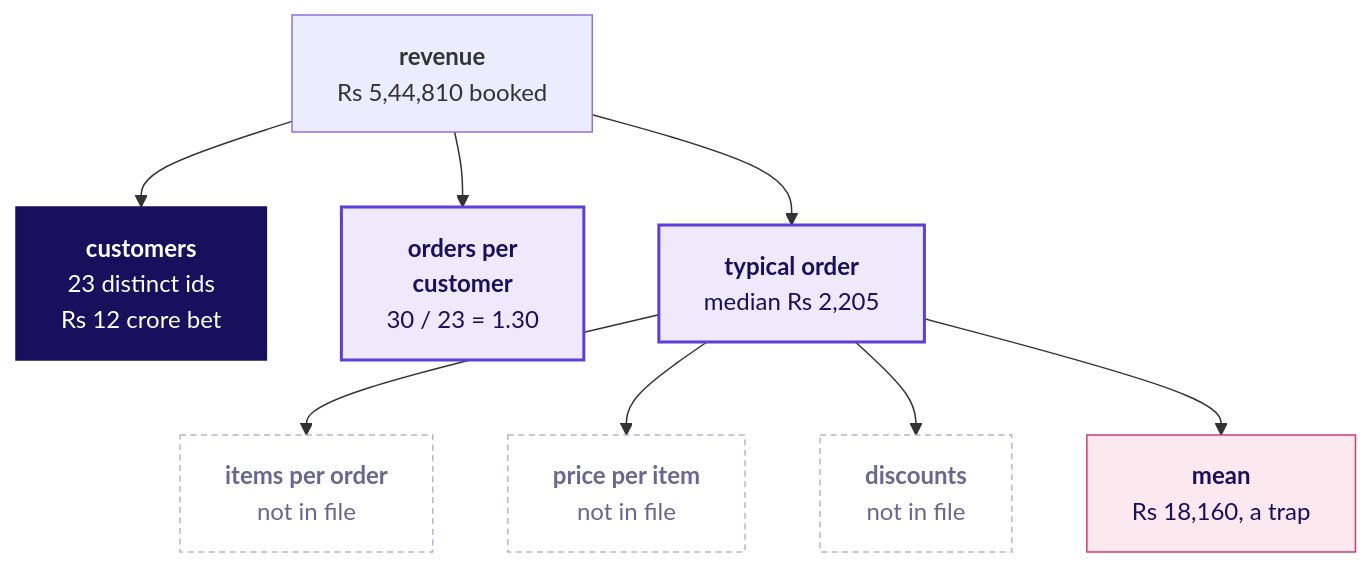
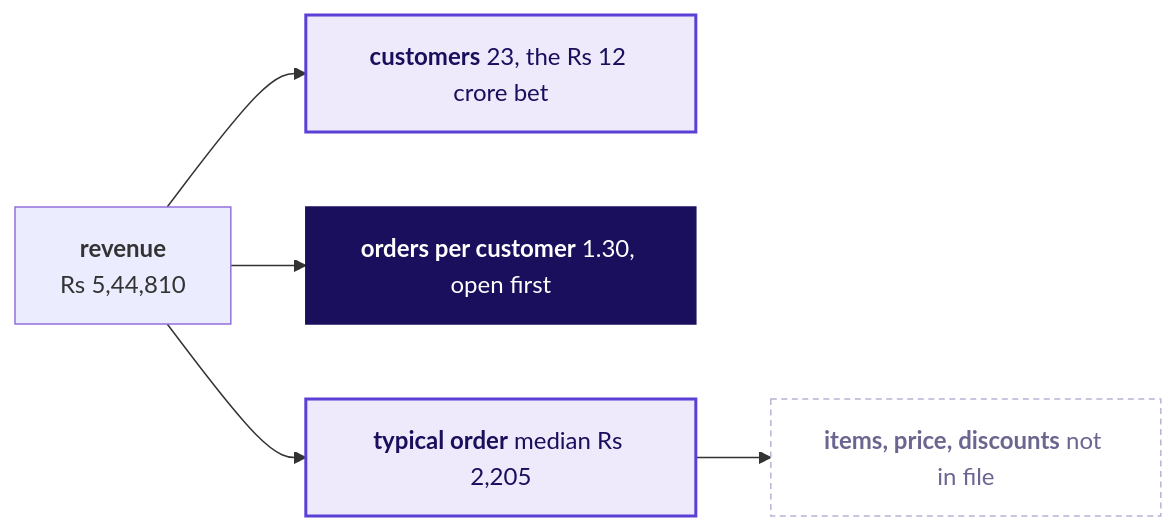
Before and after one commit to fde-academy-lab/c2-content-factory: the diagram in content/W01/D1/cheatsheets/C2_W01_D01_revenue_tree_STUDENT.md, drawn with Mermaid. The commit also changed other lines of this file and 11 other files, not shown here.

First line of the commit message:
W01 D1 reading and trainer: day sheet on the domain-first grid, notes per chapter, board work with the story's drawings, six-crux cheat sheet, Kahoot by chapter, companion walk and two new workbook tabs

````diff
--- a/content/W01/D1/cheatsheets/C2_W01_D01_revenue_tree_STUDENT.md
+++ b/content/W01/D1/cheatsheets/C2_W01_D01_revenue_tree_STUDENT.md
@@ -7,18 +7,13 @@
 ```mermaid
-flowchart TB
-    R["<b>revenue</b><br/>Rs 5,44,810 booked"] --> C["<b>customers</b><br/>23 distinct ids<br/>Rs 12 crore bet"]
-    R --> F["<b>orders per<br/>customer</b><br/>30 / 23 = 1.30"]
-    R --> A["<b>typical order</b><br/>median Rs 2,205"]
-    A --> I["<b>items per order</b><br/>not in file"]
-    A --> P["<b>price per item</b><br/>not in file"]
-    A --> D["<b>discounts</b><br/>not in file"]
-    A --> M["<b>mean</b><br/>Rs 18,160, a trap"]
+flowchart LR
+    R["<b>revenue</b><br/>Rs 5,44,810"] --> C["<b>customers</b> 23, the Rs 12 crore bet"]
+    R --> F["<b>orders per customer</b> 1.30, open first"]
+    R --> A["<b>typical order</b> median Rs 2,205"]
+    A --> I["<b>items, price, discounts</b> not in file"]
     classDef known fill:#EEEAFB,stroke:#5B3FD6,color:#1A0F5C,stroke-width:2px
     classDef unknown fill:#FFFFFF,stroke:#B8B2D6,color:#6B6690,stroke-dasharray:4 3
     classDef bet fill:#1A0F5C,stroke:#1A0F5C,color:#FFFFFF
-    classDef bad fill:#FBE9EF,stroke:#D63A6A,color:#1A0F5C
-    class F,A known
-    class I,P,D unknown
-    class C bet
-    class M bad
+    class C,A known
+    class I unknown
+    class F bet
 ```
````
